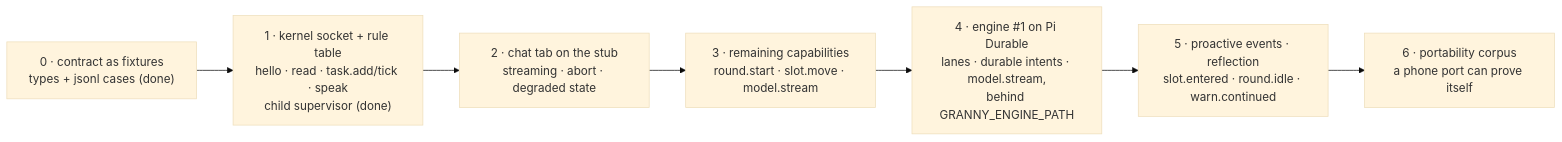
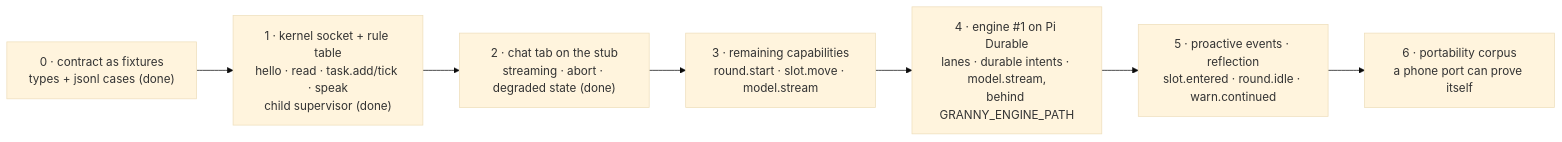
The fourth of 4 diagrams in docs/ENGINE.md (HappyVoxel/granny), drawn with Mermaid (base theme) before and after one commit. The commit also changed other lines of this file and 9 other files, not shown here.

First line of the commit message:
feat: add the native chat tab with streaming deltas, abort, and degraded state

````diff
--- a/docs/ENGINE.md
+++ b/docs/ENGINE.md
@@ -328,9 +329,9 @@
 ```mermaid
 flowchart LR
     S0["0 · contract as fixtures<br/>types + jsonl cases (done)"] --> S1["1 · kernel socket + rule table<br/>hello · read · task.add/tick · speak<br/>child supervisor (done)"]
-    S1 --> S2["2 · chat tab on the stub<br/>streaming · abort · degraded state"]
+    S1 --> S2["2 · chat tab on the stub<br/>streaming · abort · degraded state (done)"]
     S2 --> S3["3 · remaining capabilities<br/>round.start · slot.move · model.stream"]
     S3 --> S4["4 · engine #1 on Pi Durable<br/>lanes · durable intents · model.stream,<br/>behind GRANNY_ENGINE_PATH"]
     S4 --> S5["5 · proactive events · reflection<br/>slot.entered · round.idle · warn.continued"]
     S5 --> S6["6 · portability corpus<br/>a phone port can prove itself"]
 ```
````
